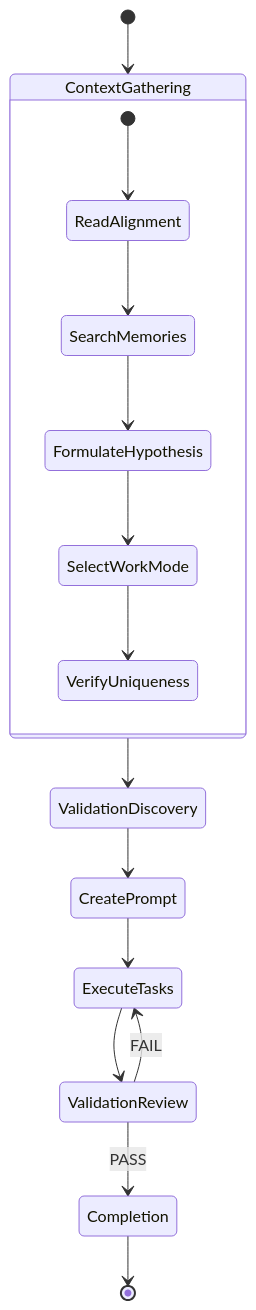
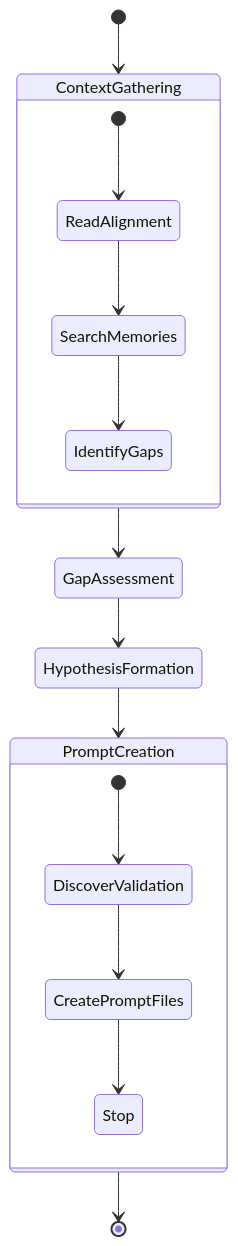
One commit to kalem-edlin/all-hands-cli changed the first of 3 diagrams in docs/flows/emergent-refinement.md. Above: the diagram before and after it, drawn with Mermaid. The commit also changed other lines of this file and 17 other files, not shown here.

````diff
--- a/docs/flows/emergent-refinement.md
+++ b/docs/flows/emergent-refinement.md
@@ -17,19 +19,20 @@
 ```mermaid
 stateDiagram-v2
     [*] --> ContextGathering
-    ContextGathering --> ValidationDiscovery
-    ValidationDiscovery --> CreatePrompt
-    CreatePrompt --> ExecuteTasks
-    ExecuteTasks --> ValidationReview
-    ValidationReview --> ExecuteTasks: FAIL
-    ValidationReview --> Completion: PASS
-    Completion --> [*]
+    ContextGathering --> GapAssessment
+    GapAssessment --> HypothesisFormation
+    HypothesisFormation --> PromptCreation
+    PromptCreation --> [*]
 
     state ContextGathering {
         [*] --> ReadAlignment
         ReadAlignment --> SearchMemories
-        SearchMemories --> FormulateHypothesis
-        FormulateHypothesis --> SelectWorkMode
-        SelectWorkMode --> VerifyUniqueness
+        SearchMemories --> IdentifyGaps
+    }
+
+    state PromptCreation {
+        [*] --> DiscoverValidation
+        DiscoverValidation --> CreatePromptFiles
+        CreatePromptFiles --> Stop
     }
 ```
````
